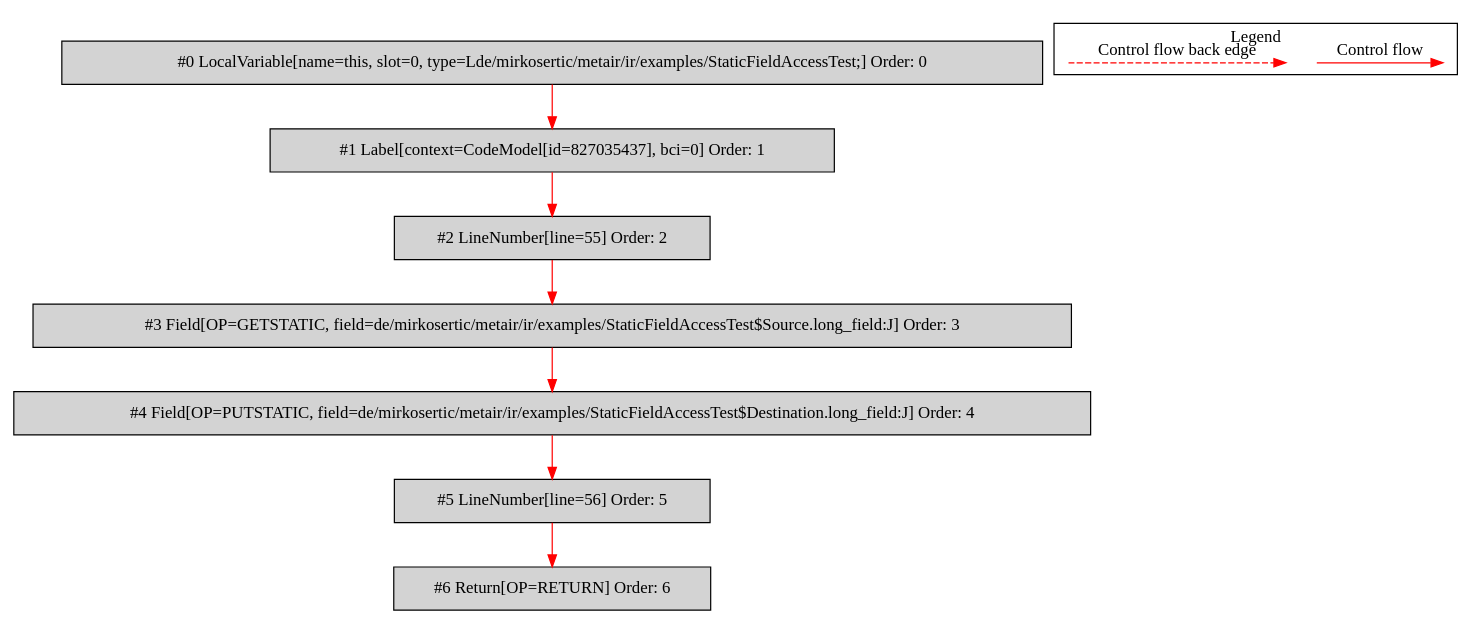
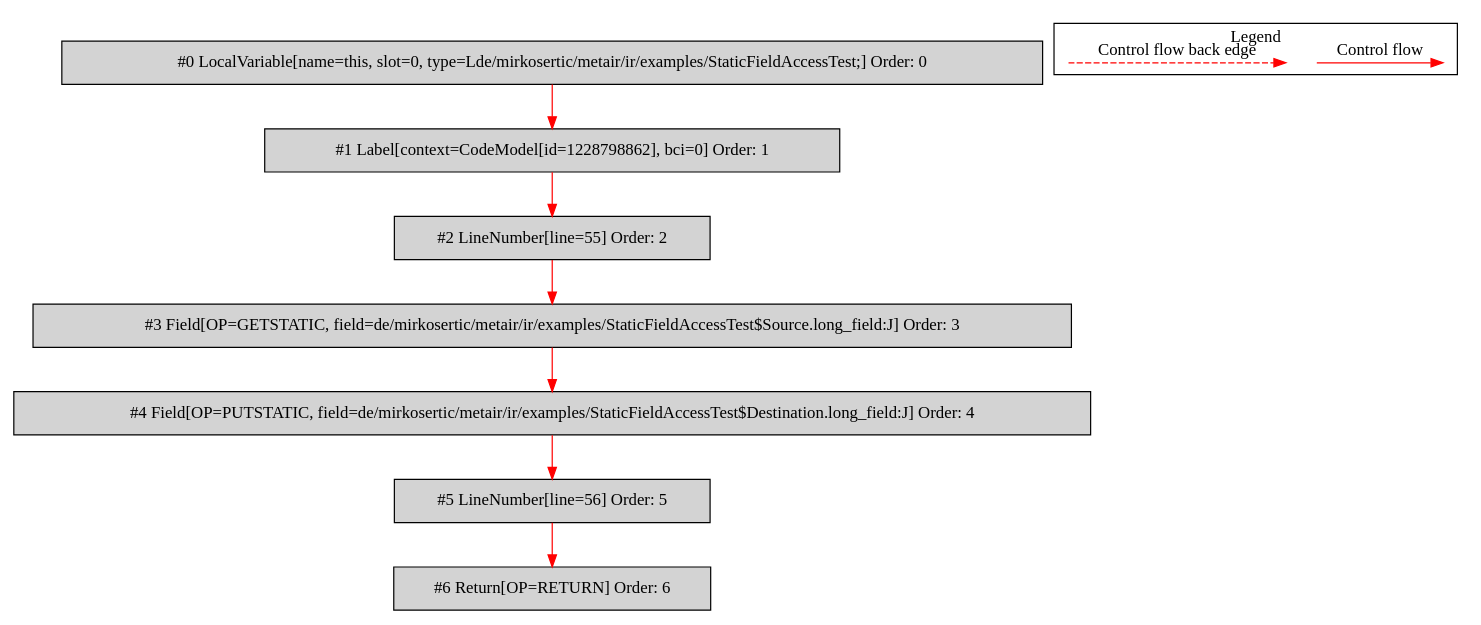
One commit to mirkosertic/MetaIR changed the diagram in de.mirkosertic.metair.ir.examples.StaticFieldAccessTest/copy_long/bytecodecfg.dot. Above: the diagram before and after it, drawn with Graphviz. The commit also changed 176 other files, not shown here.

```diff
--- a/de.mirkosertic.metair.ir.examples.StaticFieldAccessTest/copy_long/bytecodecfg.dot
+++ b/de.mirkosertic.metair.ir.examples.StaticFieldAccessTest/copy_long/bytecodecfg.dot
@@ -1,29 +1,29 @@
 digraph {
  node0[label="#0 LocalVariable[name=this, slot=0, type=Lde/mirkosertic/metair/ir/examples/StaticFieldAccessTest;] Order: 0", shape=box, fillcolor=lightgrey, style=filled];
- node1[label="#1 Label[context=CodeModel[id=827035437], bci=0] Order: 1", shape=box, fillcolor=lightgrey, style=filled];
+ node1[label="#1 Label[context=CodeModel[id=1228798862], bci=0] Order: 1", shape=box, fillcolor=lightgrey, style=filled];
  node2[label="#2 LineNumber[line=55] Order: 2", shape=box, fillcolor=lightgrey, style=filled];
  node3[label="#3 Field[OP=GETSTATIC, field=de/mirkosertic/metair/ir/examples/StaticFieldAccessTest$Source.long_field:J] Order: 3", shape=box, fillcolor=lightgrey, style=filled];
  node4[label="#4 Field[OP=PUTSTATIC, field=de/mirkosertic/metair/ir/examples/StaticFieldAccessTest$Destination.long_field:J] Order: 4", shape=box, fillcolor=lightgrey, style=filled];
  node5[label="#5 LineNumber[line=56] Order: 5", shape=box, fillcolor=lightgrey, style=filled];
  node6[label="#6 Return[OP=RETURN] Order: 6", shape=box, fillcolor=lightgrey, style=filled];
  node0 -> node1[color=red];
  node1 -> node2[color=red];
  node2 -> node3[color=red];
  node3 -> node4[color=red];
  node4 -> node5[color=red];
  node5 -> node6[color=red];
  subgraph cluster_000 {
   label = "Legend";
   node [shape=point]
   {
    rank=same;
    c0 [style = invis];
    c1 [style = invis];
    c2 [style = invis];
    c3 [style = invis];
   }
   c0 -> c1 [label="Control flow", style=solid, color=red]
   c2 -> c3 [label="Control flow back edge", style=dashed, color=red]
  }
 
 }
```
